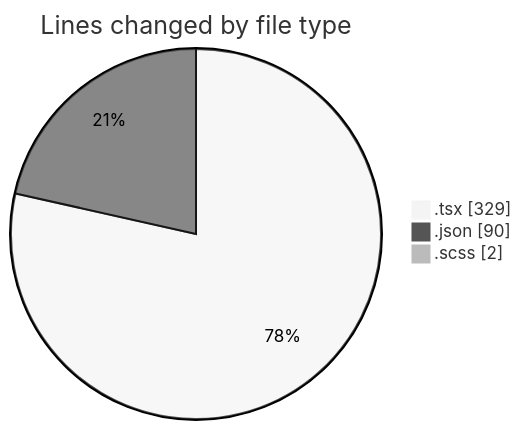
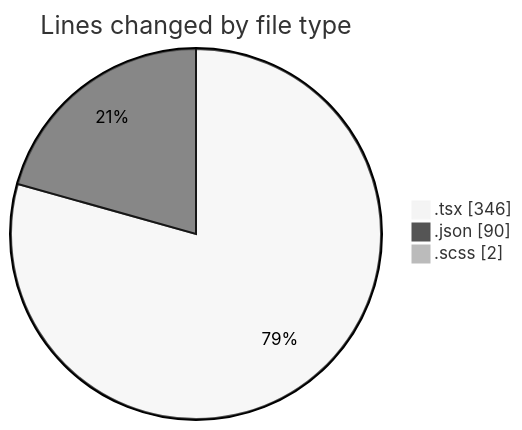
Before and after one commit to momahboobian/code-tracking: the first of 2 diagrams in 2026-05-13/cda/README.md, drawn with Mermaid (neutral theme). The commit also changed other lines of this file and 1 other file, not shown here.

````diff
--- a/2026-05-13/cda/README.md
+++ b/2026-05-13/cda/README.md
@@ -24,7 +24,7 @@
 ```mermaid
 pie showData
 title Lines changed by file type
-".tsx" : 329
+".tsx" : 346
 ".json" : 90
 ".scss" : 2
 ```
````
